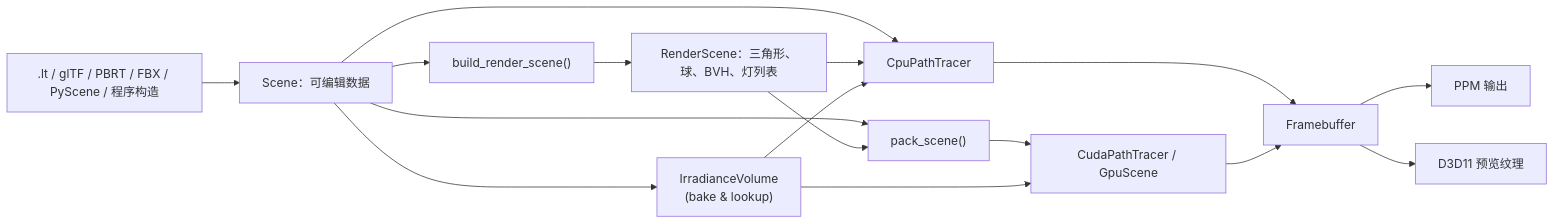
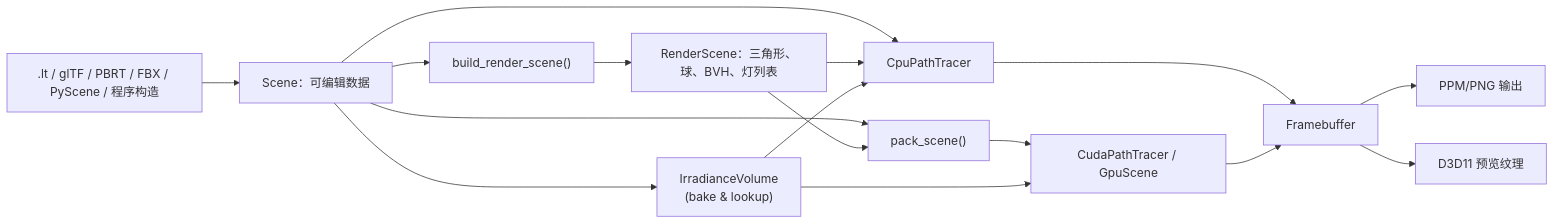
Before and after one commit to breeze028/LightTransport: the diagram in doc/01-architecture.md, drawn with Mermaid. The commit also changed other lines of this file and 7 other files, not shown here.

````diff
--- a/doc/01-architecture.md
+++ b/doc/01-architecture.md
@@ -24,18 +24,18 @@
 ```mermaid
 flowchart LR
     Input[".lt / glTF / PBRT / FBX / PyScene / 程序构造"] --> Scene["Scene：可编辑数据"]
     Scene --> Build["build_render_scene()"]
     Build --> RenderScene["RenderScene：三角形、球、BVH、灯列表"]
     Scene --> CPU["CpuPathTracer"]
     RenderScene --> CPU
     Scene --> Pack["pack_scene()"]
     RenderScene --> Pack
     Pack --> GPU["CudaPathTracer / GpuScene"]
     CPU --> FB["Framebuffer"]
     GPU --> FB
-    FB --> CLI["PPM 输出"]
+    FB --> CLI["PPM/PNG 输出"]
     FB --> Editor["D3D11 预览纹理"]
     Scene --> IV["IrradianceVolume\n(bake & lookup)"]
     IV --> CPU
     IV --> GPU
 ```
````
